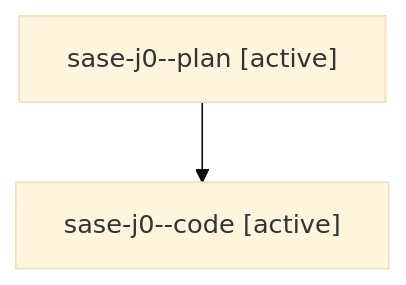
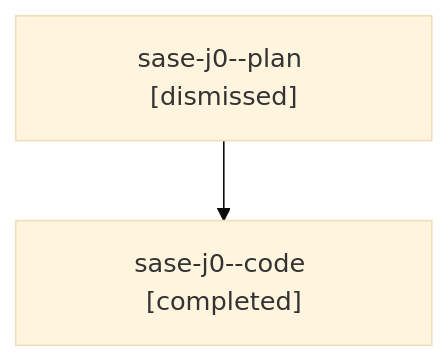
The diagram in families/bbugyi200.athena.sase-j0.md (sase-org/sase--agents), drawn with Mermaid (base theme) before and after one commit. The commit also changed other lines of this file and 1973 other files, not shown here.

````diff
--- a/families/bbugyi200.athena.sase-j0.md
+++ b/families/bbugyi200.athena.sase-j0.md
@@ -9,6 +9,6 @@
 ```mermaid
 flowchart TD
-  n0["sase-j0--plan [active]"]
-  n1["sase-j0--code [active]"]
+  n0["sase-j0--plan [dismissed]"]
+  n1["sase-j0--code [completed]"]
   n0 --> n1
 ```
````
